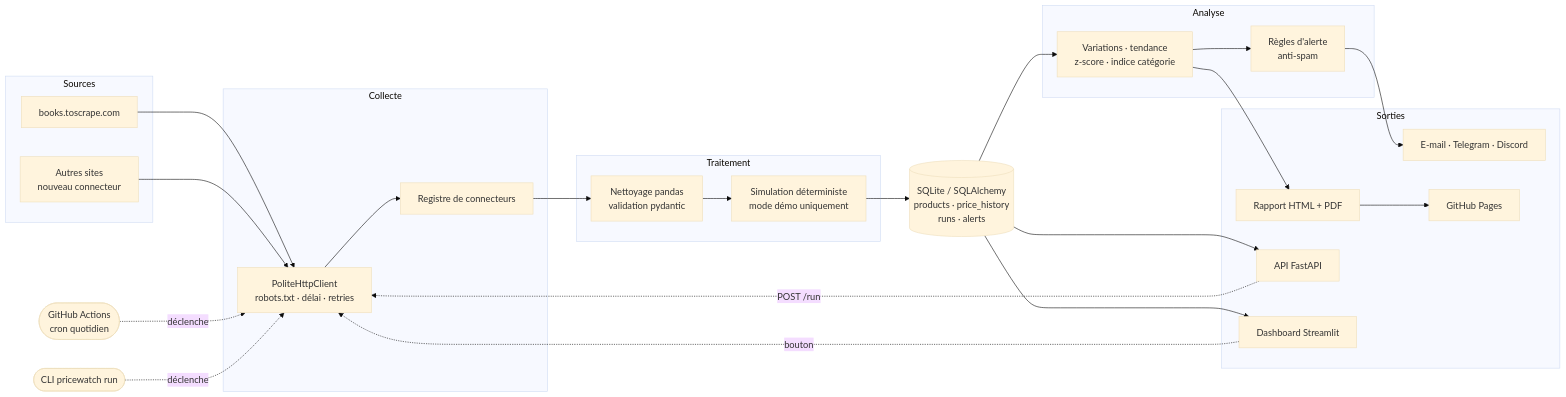
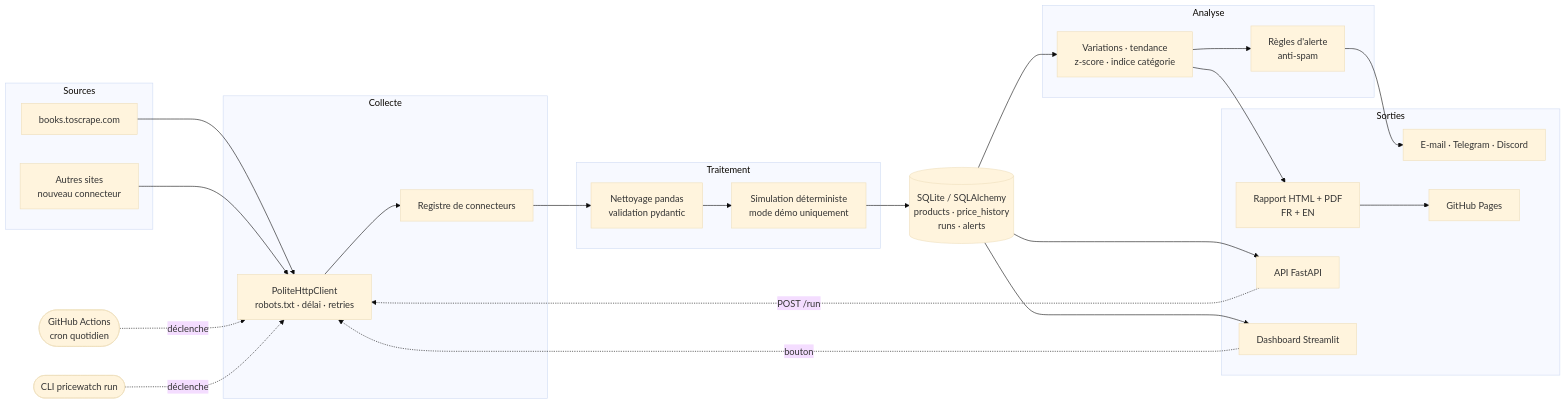
The diagram in README.md (fleury-fcn/pricewatch-automation), drawn with Mermaid (base theme) before and after one commit. The commit also changed other lines of this file and 32 other files, not shown here.

````diff
--- a/README.md
+++ b/README.md
@@ -52,43 +52,43 @@
 ```mermaid
 flowchart LR
     subgraph Sources
         S1[books.toscrape.com]
         S2[Autres sites<br/>nouveau connecteur]
     end
 
     subgraph Collecte
         HTTP[PoliteHttpClient<br/>robots.txt · délai · retries]
         REG[Registre de connecteurs]
     end
 
     subgraph Traitement
         CLEAN[Nettoyage pandas<br/>validation pydantic]
         SIM[Simulation déterministe<br/>mode démo uniquement]
     end
 
     DB[(SQLite / SQLAlchemy<br/>products · price_history<br/>runs · alerts)]
 
     subgraph Analyse
         AN[Variations · tendance<br/>z-score · indice catégorie]
         AL[Règles d'alerte<br/>anti-spam]
     end
 
     subgraph Sorties
-        REP[Rapport HTML + PDF]
+        REP[Rapport HTML + PDF<br/>FR + EN]
         NOT[E-mail · Telegram · Discord]
         API[API FastAPI]
         DASH[Dashboard Streamlit]
         PAGES[GitHub Pages]
     end
 
     S1 & S2 --> HTTP --> REG --> CLEAN --> SIM --> DB
     DB --> AN --> AL --> NOT
     AN --> REP --> PAGES
     DB --> API
     DB --> DASH
 
     CRON([GitHub Actions<br/>cron quotidien]) -.déclenche.-> HTTP
     CLI([CLI pricewatch run]) -.déclenche.-> HTTP
     DASH -.bouton.-> HTTP
     API -.POST /run.-> HTTP
 ```
````
